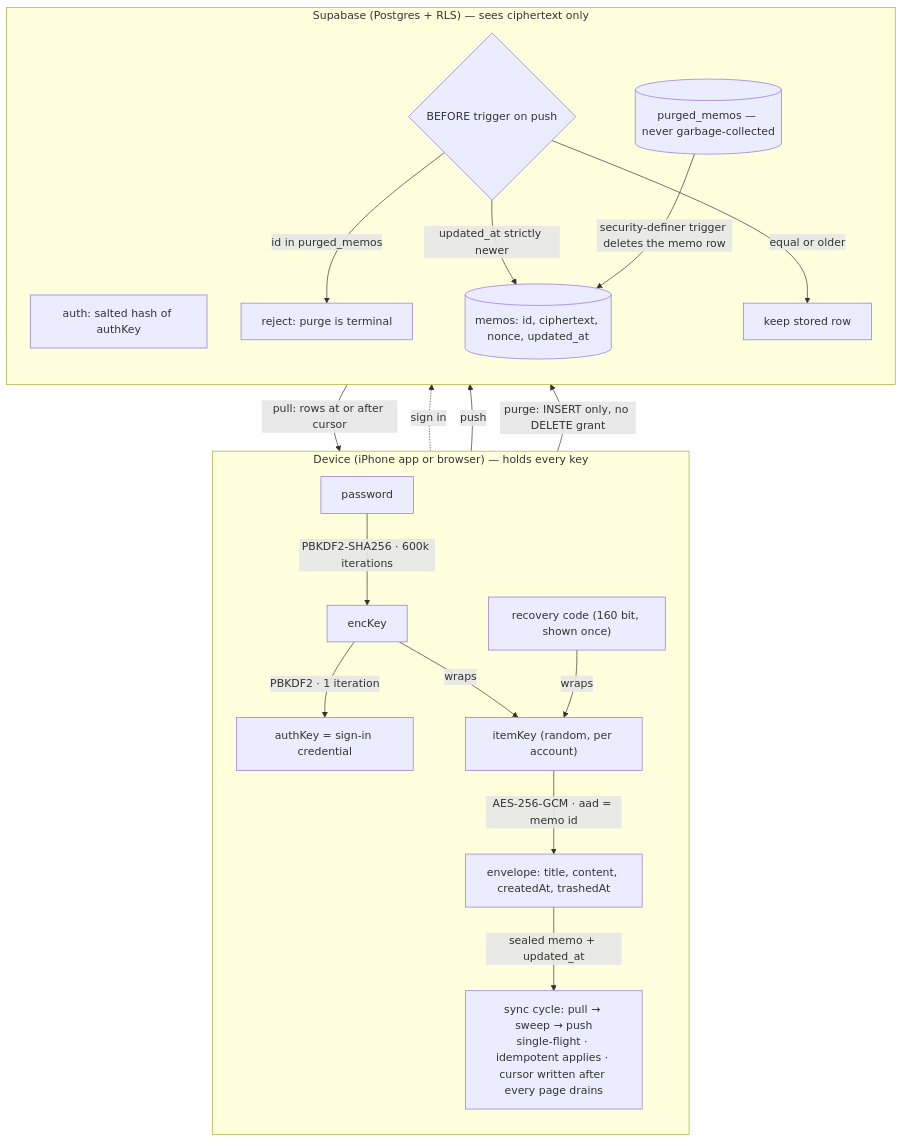
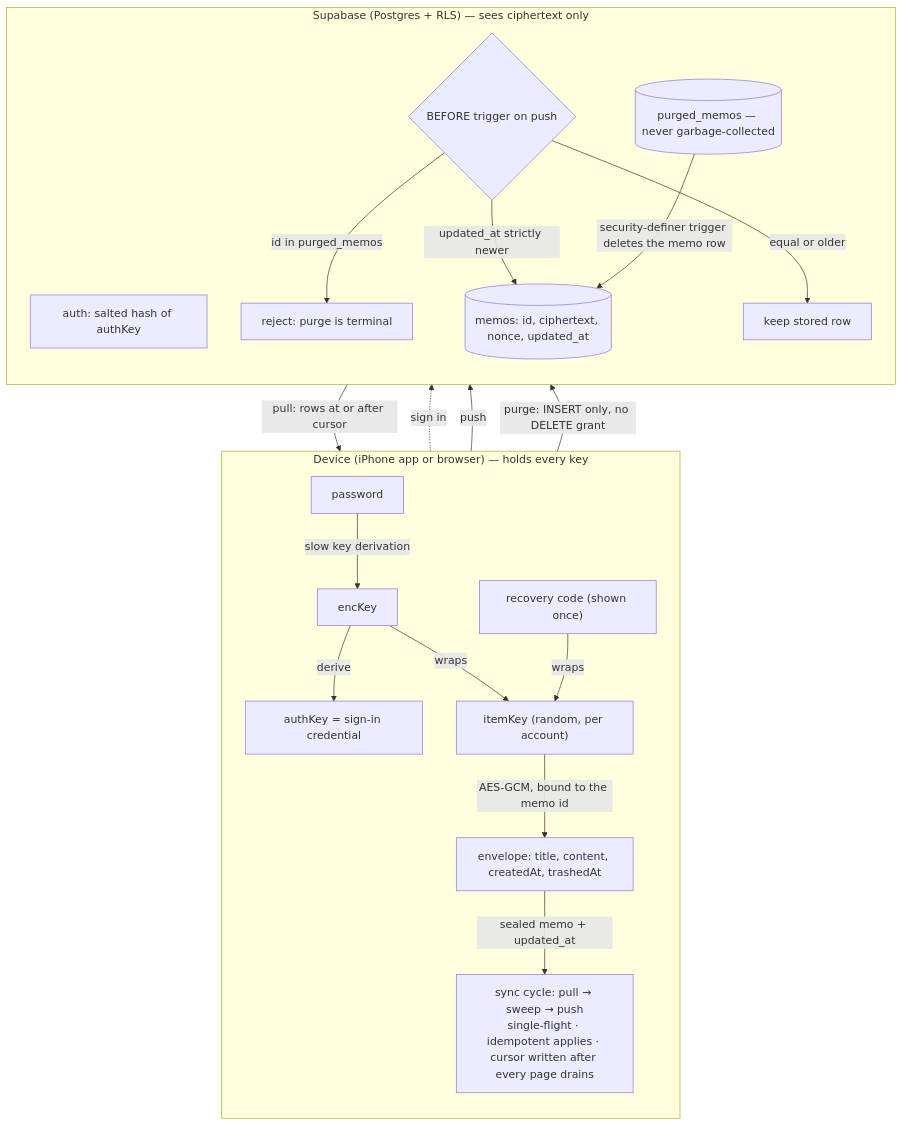
Before and after one commit to rst0070/rst0070.github.io: the tenth of 10 diagrams in content/portfolio.md, drawn with Mermaid. The commit also changed other lines of this file, not shown here.

Commit message:
portfolio: drop crypto parameters from the OffNote sync bullet and diagram
Keep the design (key chain, wrapped item key, envelope bound to the memo
id, content-blind arbitration); remove iteration counts, key sizes and
algorithm parameters.

````diff
--- a/content/portfolio.md
+++ b/content/portfolio.md
@@ -906,27 +906,27 @@
 ```mermaid
 flowchart TB
     subgraph Device["Device (iPhone app or browser) — holds every key"]
         direction TB
-        PW["password"] -->|"PBKDF2-SHA256 · 600k iterations"| EK["encKey"]
-        EK -->|"PBKDF2 · 1 iteration"| AK["authKey = sign-in credential"]
-        RC["recovery code (160 bit, shown once)"] -->|"wraps"| IK
+        PW["password"] -->|"slow key derivation"| EK["encKey"]
+        EK -->|"derive"| AK["authKey = sign-in credential"]
+        RC["recovery code (shown once)"] -->|"wraps"| IK
         EK -->|"wraps"| IK["itemKey (random, per account)"]
-        IK -->|"AES-256-GCM · aad = memo id"| ENV["envelope: title, content, createdAt, trashedAt"]
+        IK -->|"AES-GCM, bound to the memo id"| ENV["envelope: title, content, createdAt, trashedAt"]
         ENV -->|"sealed memo + updated_at"| CYC["sync cycle: pull → sweep → push<br/>single-flight · idempotent applies · cursor written after every page drains"]
     end
 
     subgraph Server["Supabase (Postgres + RLS) — sees ciphertext only"]
         direction TB
         AUTH["auth: salted hash of authKey"]
         TRIG{"BEFORE trigger on push"}
         TRIG -->|"id in purged_memos"| REJ["reject: purge is terminal"]
         TRIG -->|"updated_at strictly newer"| MEM[("memos: id, ciphertext, nonce, updated_at")]
         TRIG -->|"equal or older"| KEEP["keep stored row"]
         PUR[("purged_memos — never garbage-collected")] -->|"security-definer trigger deletes the memo row"| MEM
     end
 
     AK -.->|"sign in"| AUTH
     CYC -->|"push"| TRIG
     MEM -->|"pull: rows at or after cursor"| CYC
     CYC -->|"purge: INSERT only, no DELETE grant"| PUR
 ```
````
